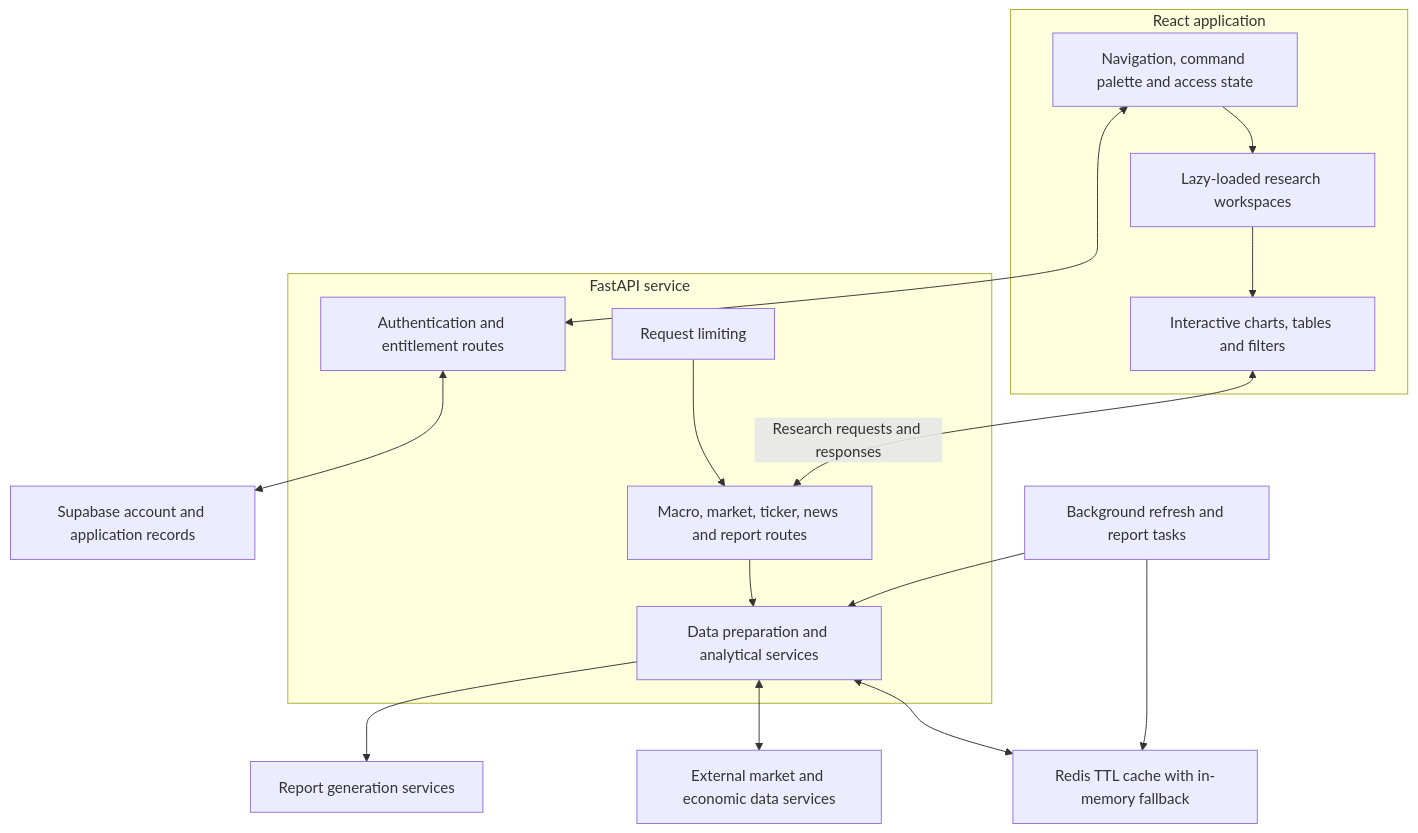
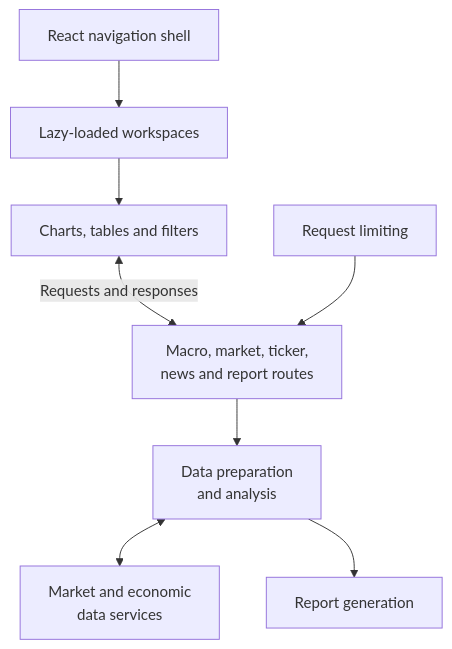
The first of 3 diagrams in README.md (nqmaikel/macro-dashboard), drawn with Mermaid before and after one commit. The commit also changed other lines of this file, not shown here.

Commit message:
docs: make architecture diagrams readable in the showcase

````diff
--- a/README.md
+++ b/README.md
@@ -61,28 +63,10 @@
 ```mermaid
 flowchart TB
-    subgraph Client["React application"]
-        Shell["Navigation, command palette and access state"]
-        Pages["Lazy-loaded research workspaces"]
-        Charts["Interactive charts, tables and filters"]
-        Shell --> Pages
-        Pages --> Charts
-    end
-
-    subgraph API["FastAPI service"]
-        Routes["Macro, market, ticker, news and report routes"]
-        Analysis["Data preparation and analytical services"]
-        Accounts["Authentication and entitlement routes"]
-        Limits["Request limiting"]
-        Routes --> Analysis
-        Limits --> Routes
-    end
-
-    Charts <-->|"Research requests and responses"| Routes
-    Shell <--> Accounts
-    Accounts <--> Database["Supabase account and application records"]
-    Analysis <--> Cache["Redis TTL cache with in-memory fallback"]
-    Analysis <--> Sources["External market and economic data services"]
-    Background["Background refresh and report tasks"] --> Analysis
-    Background --> Cache
-    Analysis --> Reports["Report generation services"]
+    Shell["React navigation shell"] --> Pages["Lazy-loaded workspaces"]
+    Pages --> Charts["Charts, tables and filters"]
+    Charts <-->|"Requests and responses"| Routes["Macro, market, ticker,<br/>news and report routes"]
+    Limits["Request limiting"] --> Routes
+    Routes --> Analysis["Data preparation<br/>and analysis"]
+    Analysis <--> Sources["Market and economic<br/>data services"]
+    Analysis --> Reports["Report generation"]
 ```
````
